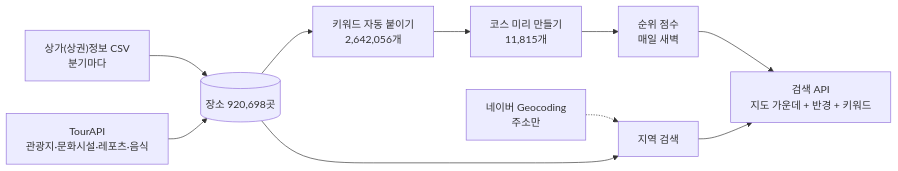
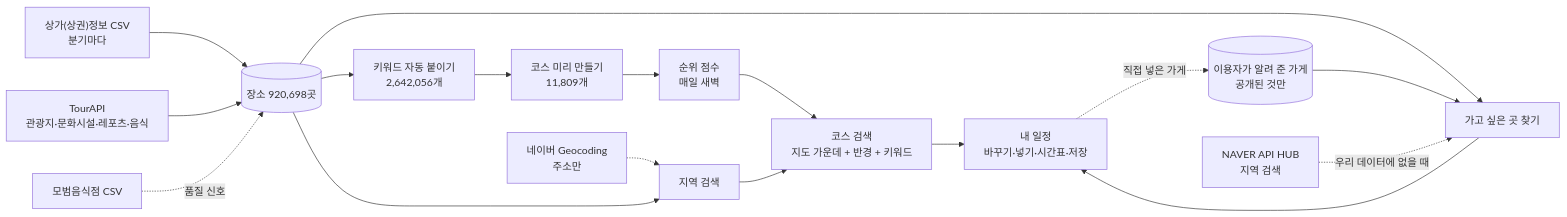
Before and after one commit to kimseongmin0301/date-course: the diagram in docs/동작방식.md, drawn with Mermaid. The commit also changed other lines of this file and 3 other files, not shown here.

````diff
--- a/docs/동작방식.md
+++ b/docs/동작방식.md
@@ -6,12 +6,19 @@
 ```mermaid
 flowchart LR
   CSV["상가(상권)정보 CSV<br/>분기마다"] --> P[(장소 920,698곳)]
   Tour["TourAPI<br/>관광지·문화시설·레포츠·음식"] --> P
+  Model["모범음식점 CSV"] -.품질 신호.-> P
   P --> K["키워드 자동 붙이기<br/>2,642,056개"]
-  K --> C["코스 미리 만들기<br/>11,815개"]
+  K --> C["코스 미리 만들기<br/>11,809개"]
   C --> S["순위 점수<br/>매일 새벽"]
-  S --> API["검색 API<br/>지도 가운데 + 반경 + 키워드"]
+  S --> API["코스 검색<br/>지도 가운데 + 반경 + 키워드"]
   Geo["네이버 Geocoding<br/>주소만"] -.-> Loc["지역 검색"]
   P --> Loc
   Loc --> API
+  API --> Plan["내 일정<br/>바꾸기·넣기·시간표·저장"]
+  P --> Find["가고 싶은 곳 찾기"]
+  Sug[(이용자가 알려 준 가게<br/>공개된 것만)] --> Find
+  Hub["NAVER API HUB<br/>지역 검색"] -.우리 데이터에 없을 때.-> Find
+  Find --> Plan
+  Plan -.직접 넣은 가게.-> Sug
 ```
````
